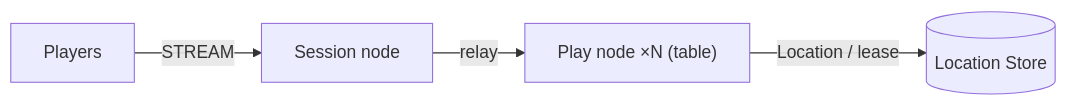
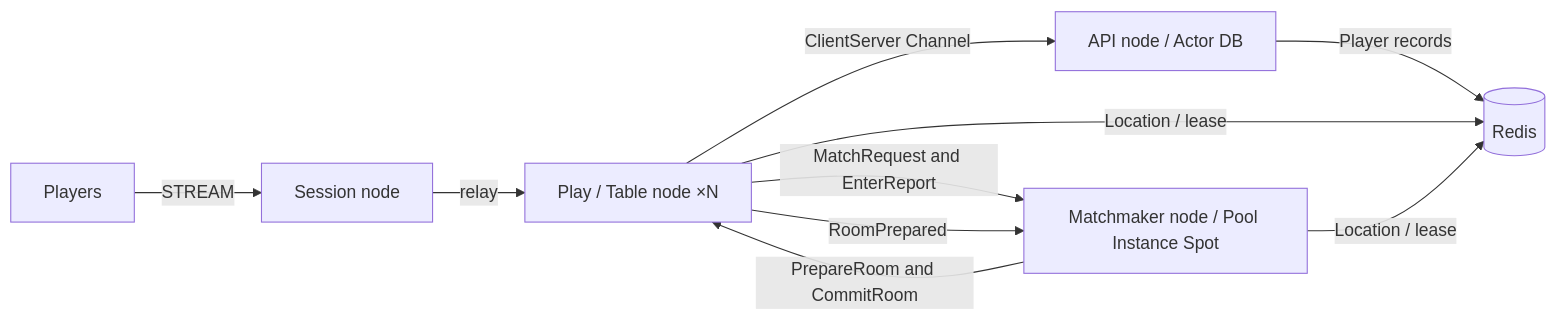
The diagram in framework/languages/node/templates/board-tables/my-game/README.md (zlink-systems/zlink), drawn with Mermaid before and after one commit. The commit also changed other lines of this file and 360 other files, not shown here.

First line of the commit message:
feat(templates): Node 템플릿 12개를 run-server·run-e2e 분리·로그·ws·매치메이킹·API node 형태로, Framework 0.34.0 (#4624)

````diff
--- a/framework/languages/node/templates/board-tables/my-game/README.md
+++ b/framework/languages/node/templates/board-tables/my-game/README.md
@@ -5,6 +7,12 @@
 ```mermaid
 flowchart LR
-    players[Players] -->|STREAM| session["Session node"]
-    session -->|relay| table["Play node ×N (table)"]
-    table -->|Location / lease| location[(Location Store)]
+    players[Players] -->|STREAM| session[Session node]
+    session -->|relay| table[Play / Table node ×N]
+    table -->|MatchRequest and EnterReport| matchmaker[Matchmaker node / Pool Instance Spot]
+    matchmaker -->|PrepareRoom and CommitRoom| table
+    table -->|RoomPrepared| matchmaker
+    table -->|ClientServer Channel| api[API node / Actor DB]
+    api -->|Player records| location[(Redis)]
+    table -->|Location / lease| location
+    matchmaker -->|Location / lease| location
 ```
````
